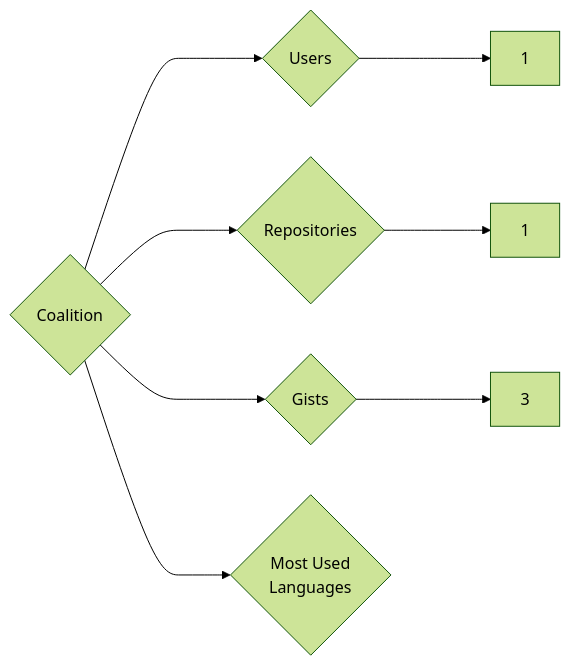
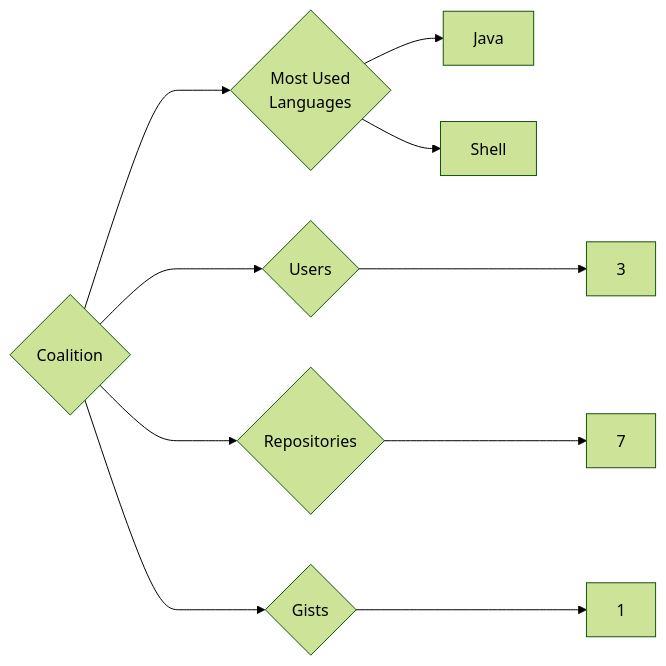
One commit to trickest/insiders changed the diagram in targets/Coalition/README.md. Above: the diagram before and after it, drawn with Mermaid (forest theme). The commit also changed 857 other files, not shown here.

````diff
--- a/targets/Coalition/README.md
+++ b/targets/Coalition/README.md
@@ -3,8 +3,10 @@
 ```mermaid
 graph LR
 COMPANY_NAME{Coalition}
-COMPANY_NAME ---> U{Users} ---> UN[1]
-COMPANY_NAME ---> R{Repositories} ---> RN[1]
-COMPANY_NAME ---> G{Gists} ---> GN[3]
+COMPANY_NAME ---> U{Users} ---> UN[3]
+COMPANY_NAME ---> R{Repositories} ---> RN[7]
+COMPANY_NAME ---> G{Gists} ---> GN[1]
 COMPANY_NAME ---> ML{Most Used<br>Languages}
+ML --> Java[Java]
+ML --> Shell[Shell]
 ```
````
